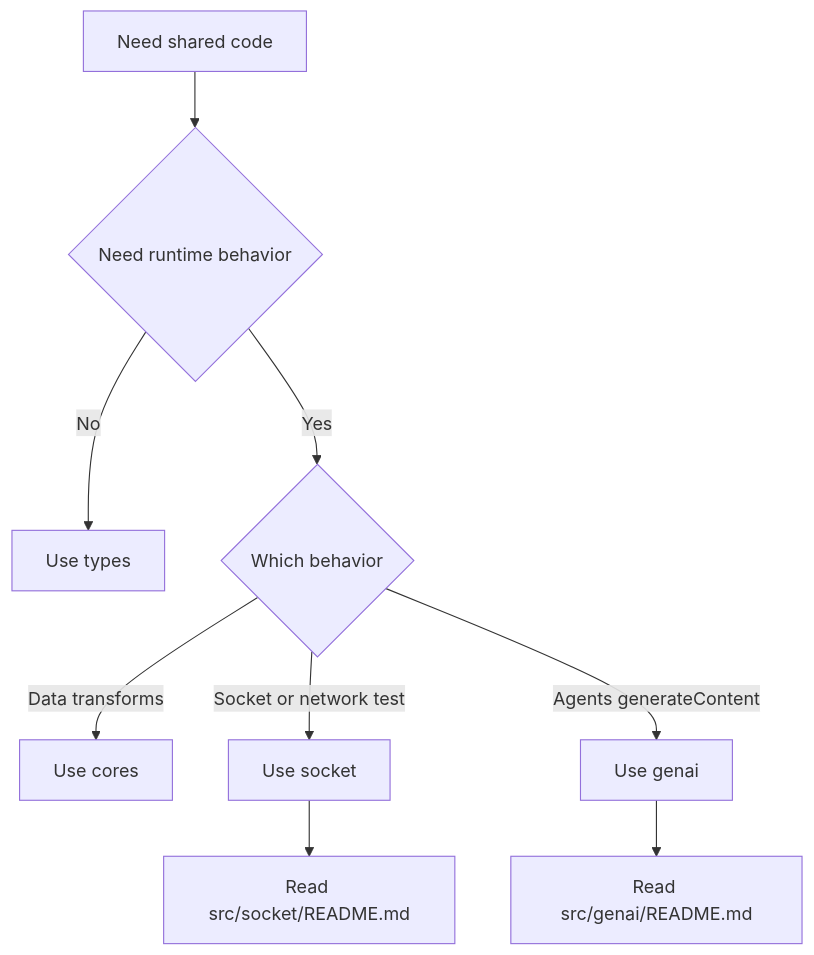
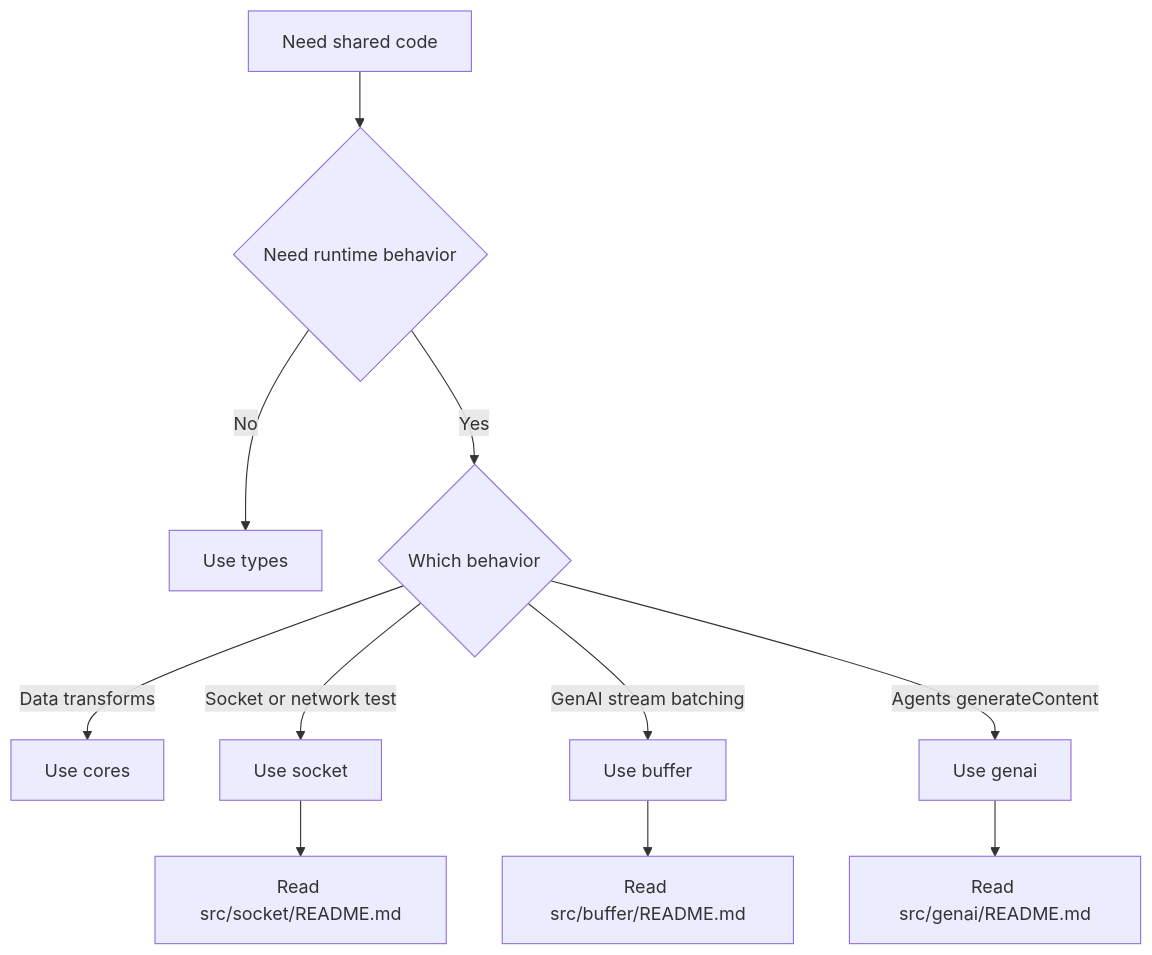
Before and after one commit to lemoncloud-io/lemon-model: the second of 2 diagrams in README.md, drawn with Mermaid. The commit also changed other lines of this file, not shown here.

````diff
--- a/README.md
+++ b/README.md
@@ -64,11 +65,13 @@
 ```mermaid
 flowchart TD
     A[Need shared code] --> B{Need runtime behavior}
     B -- No --> C[Use types]
     B -- Yes --> D{Which behavior}
     D -- Data transforms --> E[Use cores]
     D -- Socket or network test --> F[Use socket]
+    D -- GenAI stream batching --> J[Use buffer]
     D -- Agents generateContent --> G[Use genai]
     F --> H[Read src/socket/README.md]
     G --> I[Read src/genai/README.md]
+    J --> K[Read src/buffer/README.md]
 ```
````
